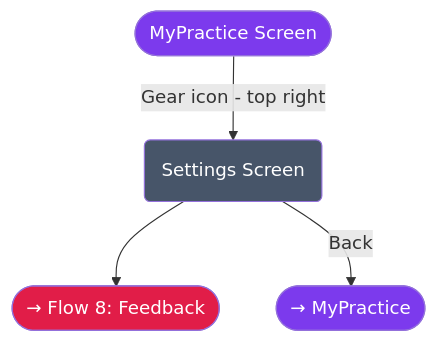
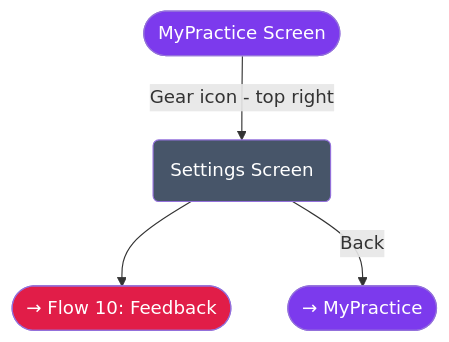
The ninth of 11 diagrams in docs/product/app_flowchart.md (E-Brons/MyMantra), drawn with Mermaid before and after one commit. The commit also changed other lines of this file and 1 other file, not shown here.

First line of the commit message:
doc: app_flowchart v0.3 — two-screen model + implementation plan

````diff
--- a/docs/product/app_flowchart.md
+++ b/docs/product/app_flowchart.md
@@ -531,12 +531,12 @@
 ```mermaid
 graph TD
     MYPRACTICE([MyPractice Screen]) -->|Gear icon - top right| SETTINGS(Settings Screen)
 
-    SETTINGS --> FEEDBACK([→ Flow 8: Feedback])
+    SETTINGS --> FEEDBACK([→ Flow 10: Feedback])
     SETTINGS -->|Back| MYPRACTICE_BACK([→ MyPractice])
 
     style MYPRACTICE fill:#7c3aed,color:#fff
     style SETTINGS fill:#475569,color:#fff
     style FEEDBACK fill:#e11d48,color:#fff
     style MYPRACTICE_BACK fill:#7c3aed,color:#fff
 ```
````
